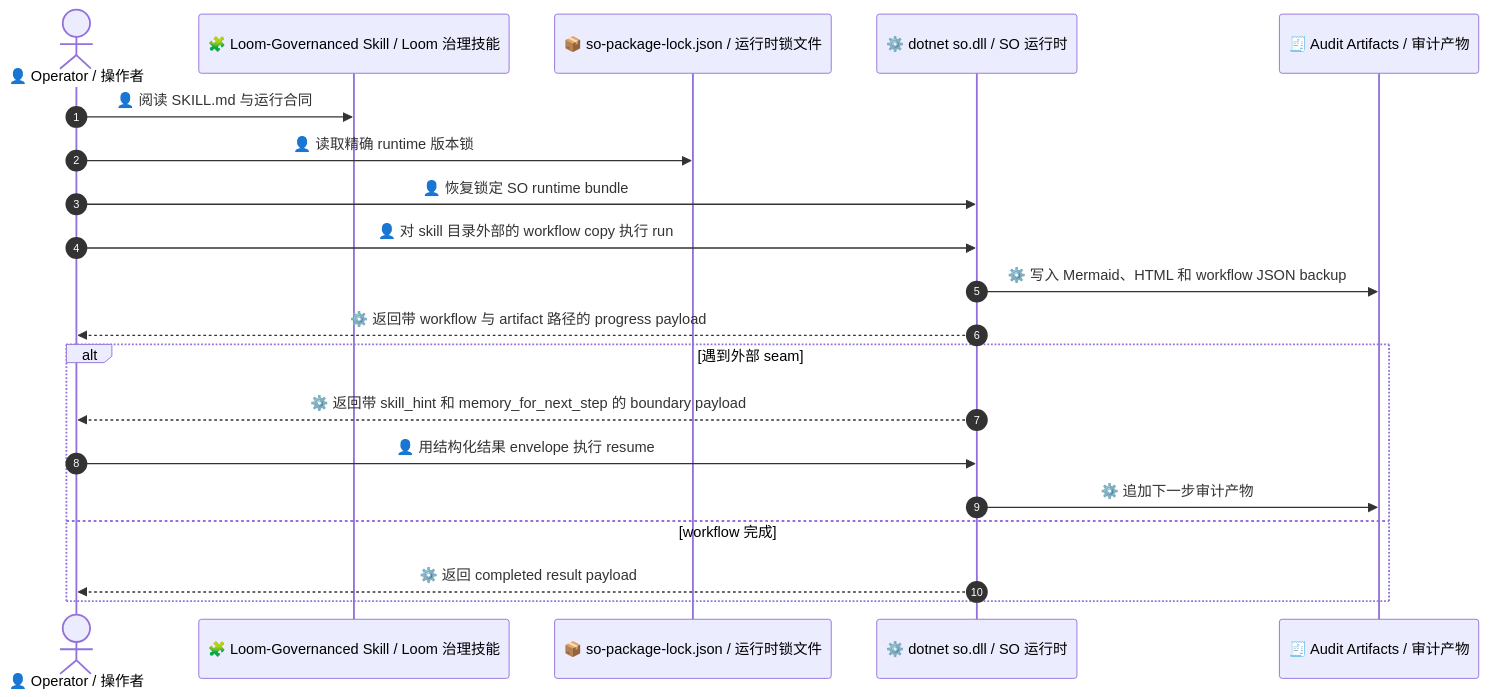
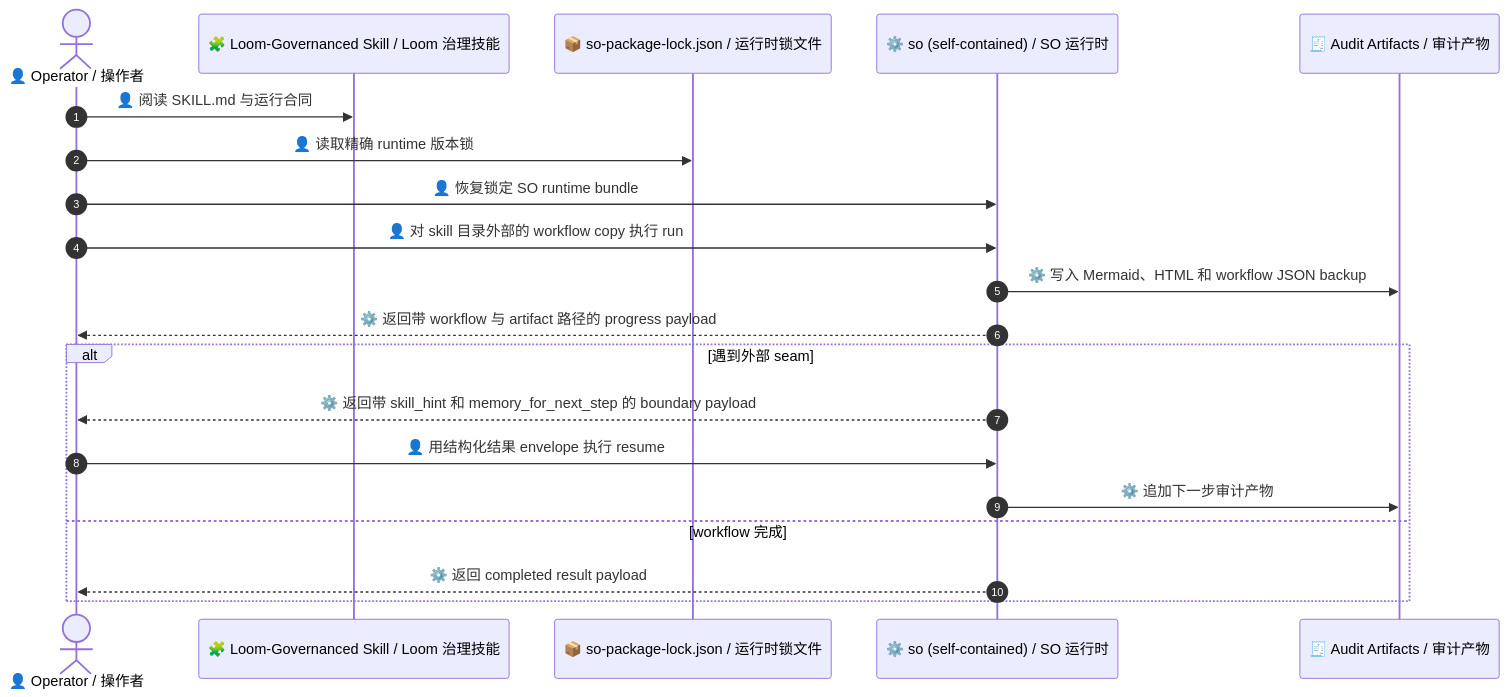
Before and after one commit to waynebaby/Techne-Loom: the first of 2 diagrams in README.zh-CN.md, drawn with Mermaid. The commit also changed other lines of this file and 153 other files, not shown here.

````diff
--- a/README.zh-CN.md
+++ b/README.zh-CN.md
@@ -222,23 +225,23 @@
 ```mermaid
 sequenceDiagram
     autonumber
     actor Operator as 👤 Operator / 操作者
     participant Skill as 🧩 Loom-Governanced Skill / Loom 治理技能
     participant Lock as 📦 so-package-lock.json / 运行时锁文件
-    participant Runtime as ⚙️ dotnet so.dll / SO 运行时
+    participant Runtime as ⚙️ so (self-contained) / SO 运行时
     participant Audit as 🧾 Audit Artifacts / 审计产物
 
     Operator->>Skill: 👤 阅读 SKILL.md 与运行合同
     Operator->>Lock: 👤 读取精确 runtime 版本锁
     Operator->>Runtime: 👤 恢复锁定 SO runtime bundle
     Operator->>Runtime: 👤 对 skill 目录外部的 workflow copy 执行 run
     Runtime->>Audit: ⚙️ 写入 Mermaid、HTML 和 workflow JSON backup
     Runtime-->>Operator: ⚙️ 返回带 workflow 与 artifact 路径的 progress payload
     alt 遇到外部 seam
         Runtime-->>Operator: ⚙️ 返回带 skill_hint 和 memory_for_next_step 的 boundary payload
         Operator->>Runtime: 👤 用结构化结果 envelope 执行 resume
         Runtime->>Audit: ⚙️ 追加下一步审计产物
     else workflow 完成
         Runtime-->>Operator: ⚙️ 返回 completed result payload
     end
 ```
````
